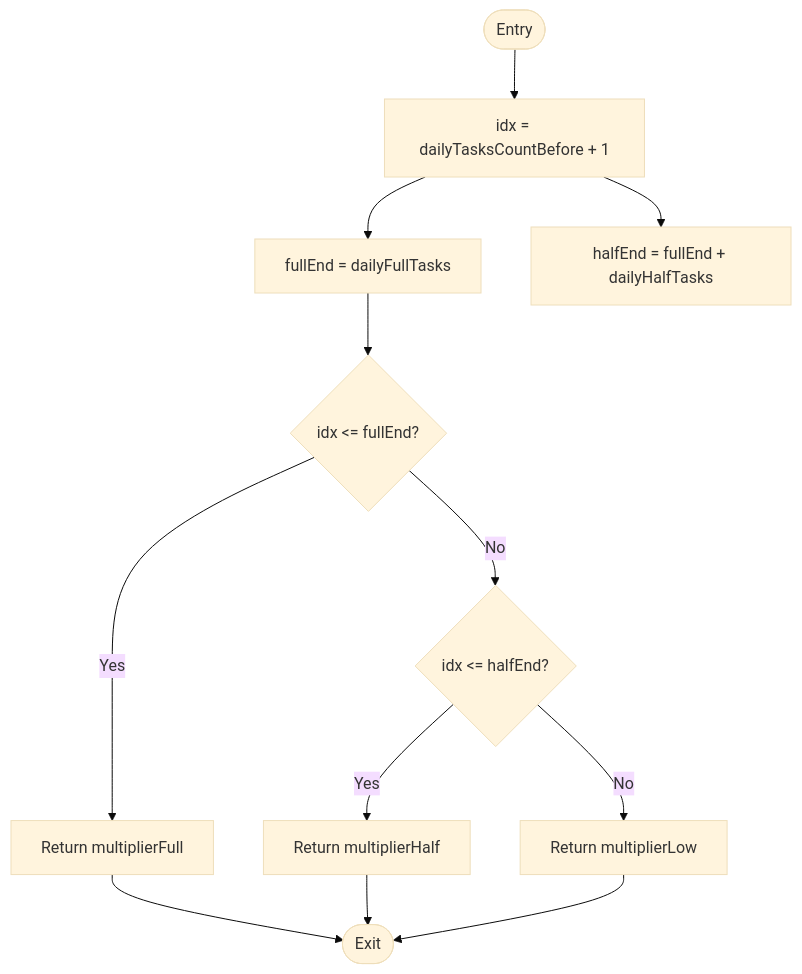
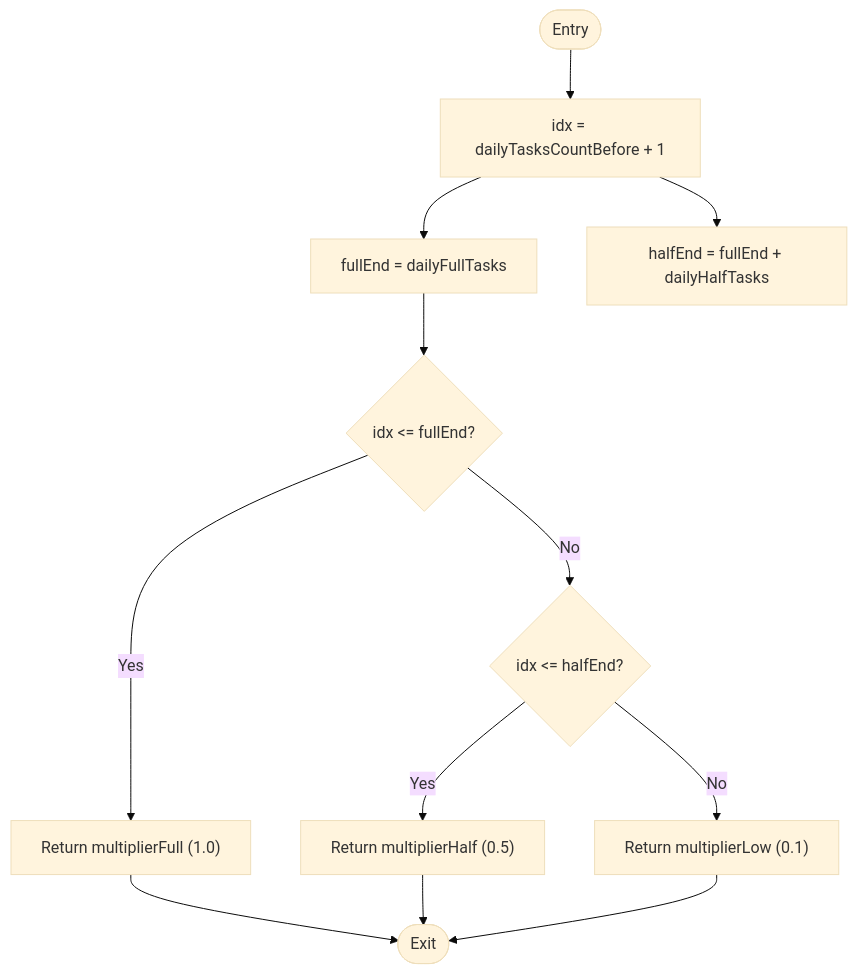
The fourth of 6 diagrams in .qoder/repowiki/en/content/Core Features/Gamification System/XP Calculation Engine.md (AlexKutz/math-app-next-js), drawn with Mermaid (base theme) before and after one commit. The commit also changed other lines of this file and 9 other files, not shown here.

````diff
--- a/.qoder/repowiki/en/content/Core Features/Gamification System/XP Calculation Engine.md
+++ b/.qoder/repowiki/en/content/Core Features/Gamification System/XP Calculation Engine.md
@@ -145,14 +171,14 @@
 ```mermaid
 flowchart TD
 Start(["Entry"]) --> CalcIdx["idx = dailyTasksCountBefore + 1"]
 CalcIdx --> FullEnd["fullEnd = dailyFullTasks"]
 CalcIdx --> HalfEnd["halfEnd = fullEnd + dailyHalfTasks"]
 FullEnd --> CheckFull{"idx <= fullEnd?"}
-CheckFull --> |Yes| ReturnFull["Return multiplierFull"]
+CheckFull --> |Yes| ReturnFull["Return multiplierFull (1.0)"]
 CheckFull --> |No| CheckHalf{"idx <= halfEnd?"}
-CheckHalf --> |Yes| ReturnHalf["Return multiplierHalf"]
-CheckHalf --> |No| ReturnLow["Return multiplierLow"]
+CheckHalf --> |Yes| ReturnHalf["Return multiplierHalf (0.5)"]
+CheckHalf --> |No| ReturnLow["Return multiplierLow (0.1)"]
 ReturnFull --> End(["Exit"])
 ReturnHalf --> End
 ReturnLow --> End
 ```
````
